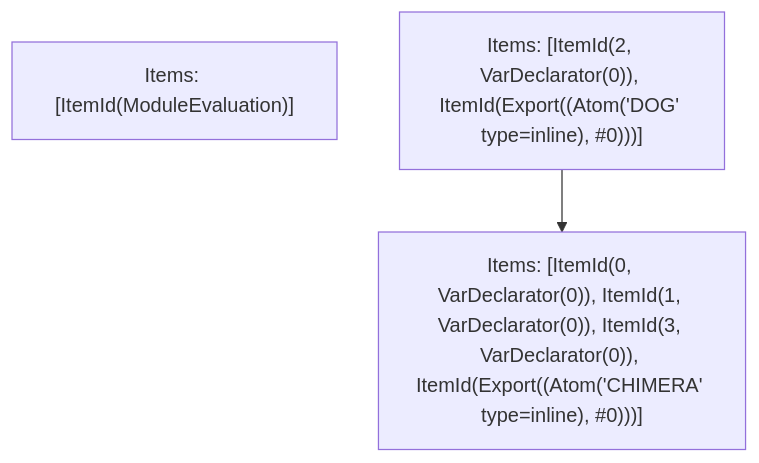
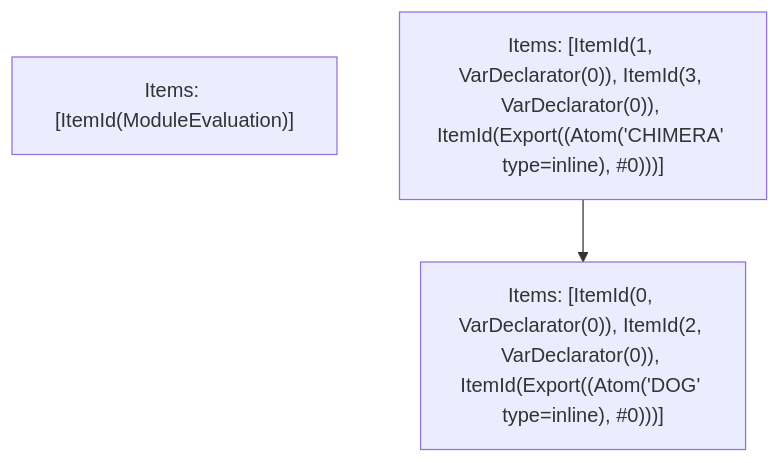
One commit to vercel/turborepo changed the fifth of 5 diagrams in crates/turbopack-ecmascript/tests/tree-shaker/analyzer/simple/output.md. Above: the diagram before and after it, drawn with Mermaid. The commit also changed other lines of this file and 3 other files, not shown here.

````diff
--- a/crates/turbopack-ecmascript/tests/tree-shaker/analyzer/simple/output.md
+++ b/crates/turbopack-ecmascript/tests/tree-shaker/analyzer/simple/output.md
@@ -120,7 +120,7 @@
 ```mermaid
 graph TD
     N0["Items: [ItemId(ModuleEvaluation)]"];
-    N1["Items: [ItemId(2, VarDeclarator(0)), ItemId(Export((Atom('DOG' type=inline), #0)))]"];
-    N2["Items: [ItemId(0, VarDeclarator(0)), ItemId(1, VarDeclarator(0)), ItemId(3, VarDeclarator(0)), ItemId(Export((Atom('CHIMERA' type=inline), #0)))]"];
-    N1 --> N2;
+    N1["Items: [ItemId(0, VarDeclarator(0)), ItemId(2, VarDeclarator(0)), ItemId(Export((Atom('DOG' type=inline), #0)))]"];
+    N2["Items: [ItemId(1, VarDeclarator(0)), ItemId(3, VarDeclarator(0)), ItemId(Export((Atom('CHIMERA' type=inline), #0)))]"];
+    N2 --> N1;
 ```
````
